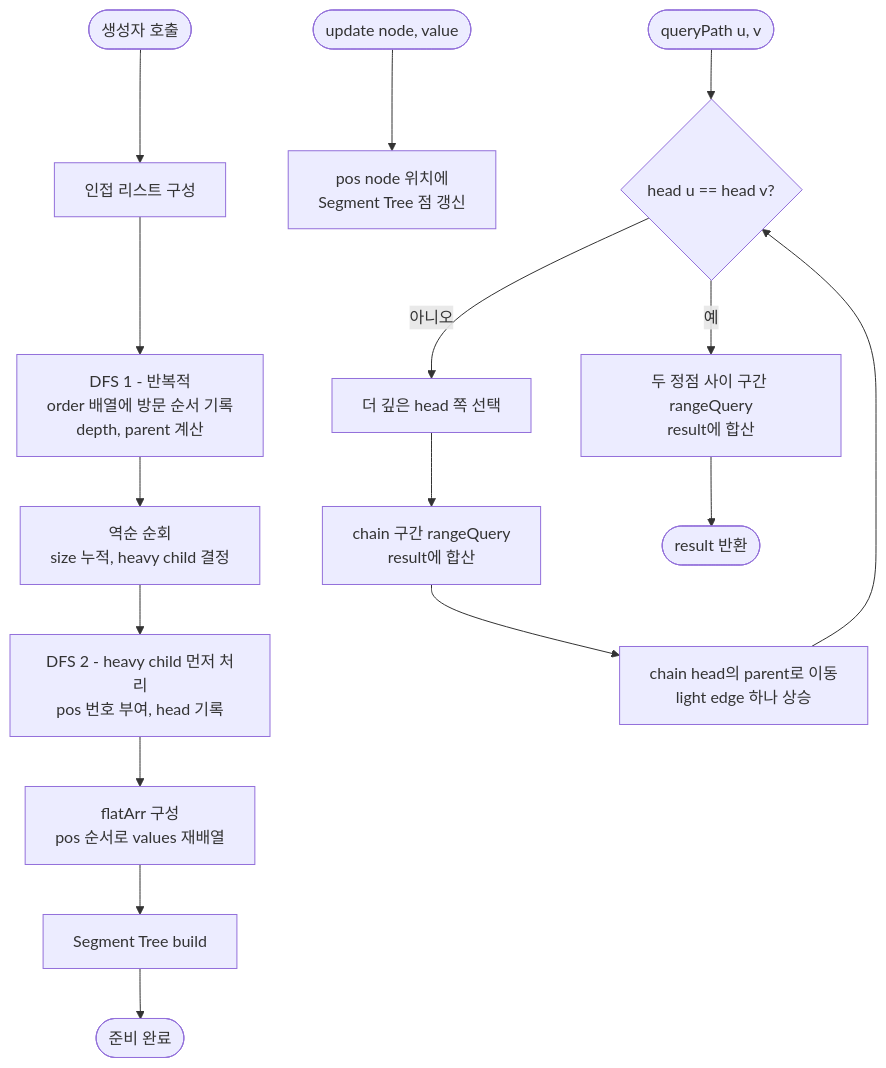
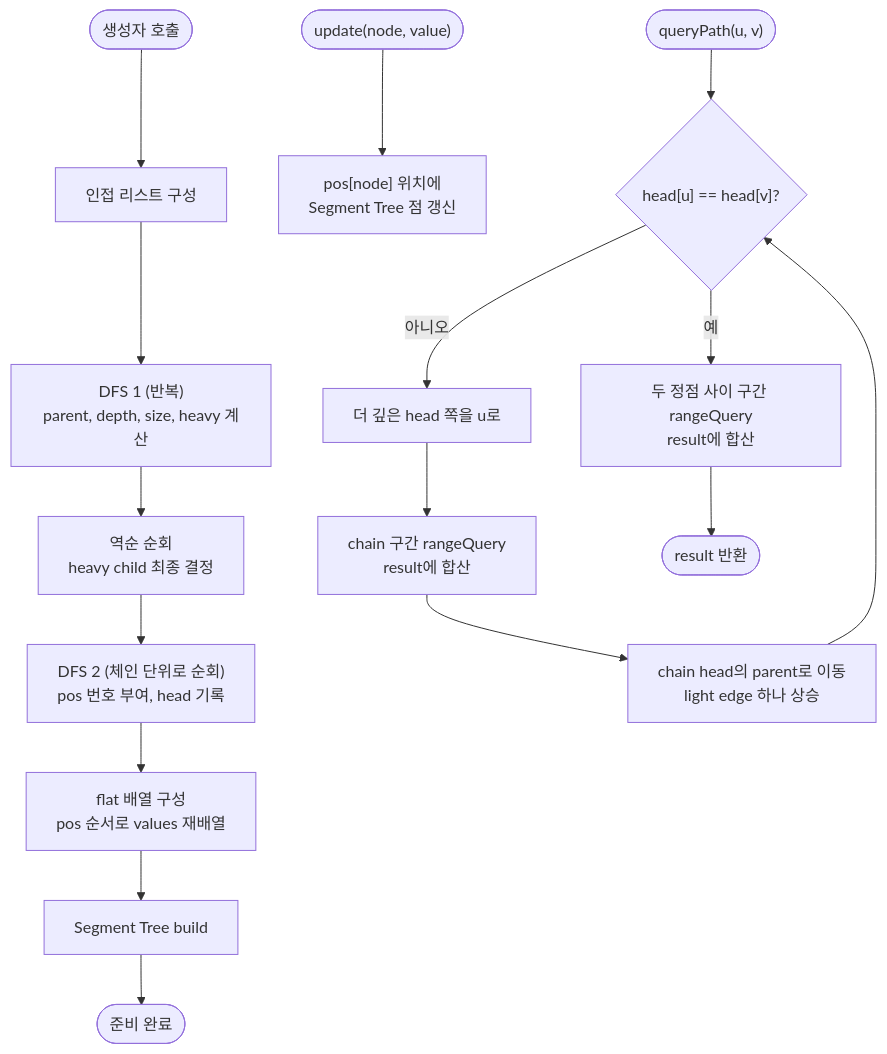
Before and after one commit to centurio1987/grow-up-programming: the diagram in src/algorithms/tree/heavyLightDecomposition/heavyLightDecomposition-guide.mdx, drawn with Mermaid. The commit also changed other lines of this file and 18 other files, not shown here.

````diff
--- a/src/algorithms/tree/heavyLightDecomposition/heavyLightDecomposition-guide.mdx
+++ b/src/algorithms/tree/heavyLightDecomposition/heavyLightDecomposition-guide.mdx
@@ -360,20 +460,20 @@
 ```mermaid
 flowchart TD
-    A([생성자 호출]) --> B[인접 리스트 구성]
-    B --> C[DFS 1 - 반복적\norder 배열에 방문 순서 기록\ndepth, parent 계산]
-    C --> D[역순 순회\nsize 누적, heavy child 결정]
-    D --> E[DFS 2 - heavy child 먼저 처리\npos 번호 부여, head 기록]
-    E --> F[flatArr 구성\npos 순서로 values 재배열]
-    F --> G[Segment Tree build]
-    G --> H([준비 완료])
+    A(["생성자 호출"]) --> B["인접 리스트 구성"]
+    B --> C["DFS 1 (반복)<br/>parent, depth, size, heavy 계산"]
+    C --> D["역순 순회<br/>heavy child 최종 결정"]
+    D --> E["DFS 2 (체인 단위로 순회)<br/>pos 번호 부여, head 기록"]
+    E --> F["flat 배열 구성<br/>pos 순서로 values 재배열"]
+    F --> G["Segment Tree build"]
+    G --> H(["준비 완료"])
 
-    I([update node, value]) --> J[pos node 위치에\nSegment Tree 점 갱신]
+    I(["update(node, value)"]) --> J["pos[node] 위치에<br/>Segment Tree 점 갱신"]
 
-    K([queryPath u, v]) --> L{head u == head v?}
-    L -- 아니오 --> M[더 깊은 head 쪽 선택]
-    M --> N[chain 구간 rangeQuery\nresult에 합산]
-    N --> O[chain head의 parent로 이동\nlight edge 하나 상승]
+    K(["queryPath(u, v)"]) --> L{"head[u] == head[v]?"}
+    L -- 아니오 --> M["더 깊은 head 쪽을 u로"]
+    M --> N["chain 구간 rangeQuery<br/>result에 합산"]
+    N --> O["chain head의 parent로 이동<br/>light edge 하나 상승"]
     O --> L
-    L -- 예 --> P[두 정점 사이 구간 rangeQuery\nresult에 합산]
-    P --> Q([result 반환])
+    L -- 예 --> P["두 정점 사이 구간 rangeQuery<br/>result에 합산"]
+    P --> Q(["result 반환"])
 ```
````
